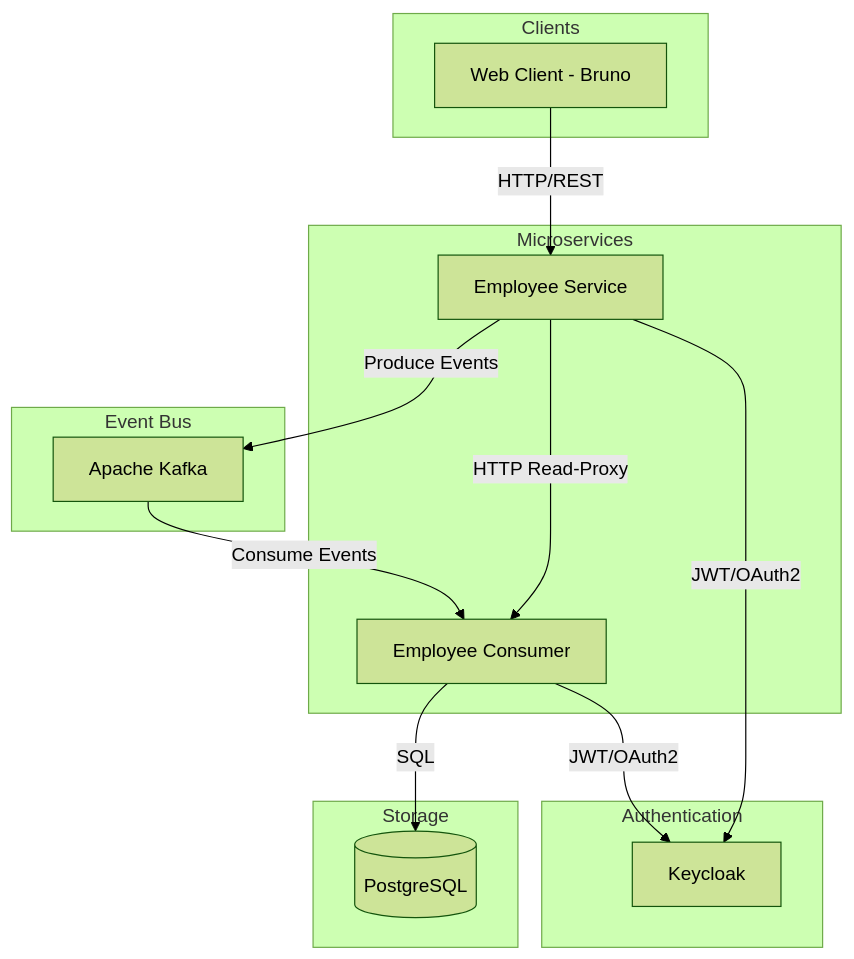
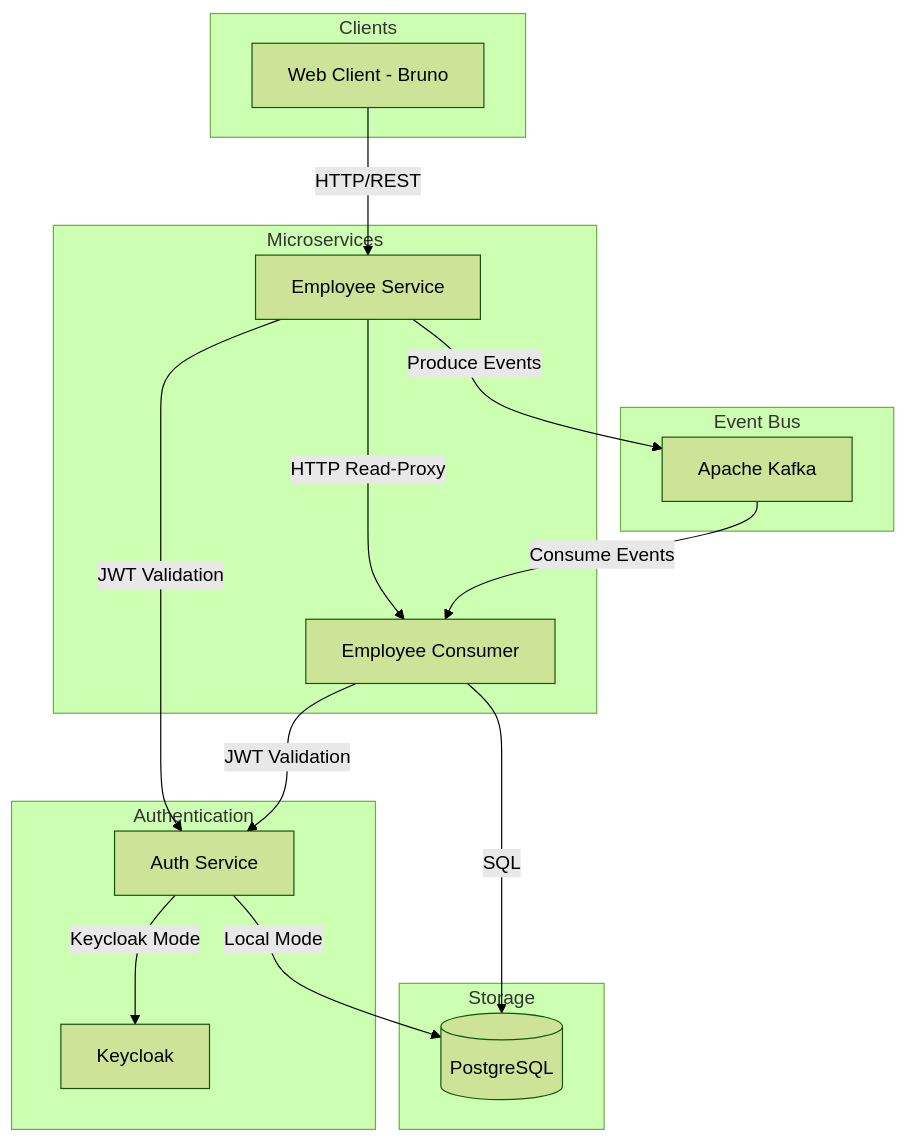
The first of 6 diagrams in README.md (MarkoLuna/GoEmployeeCrudEventDriven), drawn with Mermaid (forest theme) before and after one commit. The commit also changed other lines of this file and 101 other files, not shown here.

First line of the commit message:
feat: extract auth-service, standardize ports, fix swagger, migrate to golang-migrate (#1)

````diff
--- a/README.md
+++ b/README.md
@@ -57,31 +59,34 @@
 ```mermaid
 graph TD
     subgraph Clients
         Client[Web Client - Bruno]
     end
 
     subgraph Authentication
-        Auth[Keycloak]
+        AuthService[Auth Service]
+        Keycloak[Keycloak]
     end
 
     subgraph Microservices
         Service[Employee Service]
         Consumer[Employee Consumer]
     end
 
     subgraph "Event Bus"
         Kafka[Apache Kafka]
     end
 
     subgraph Storage
         DB[(PostgreSQL)]
     end
 
     Client -->|HTTP/REST| Service
-    Service -->|JWT/OAuth2| Auth
-    Consumer -->|JWT/OAuth2| Auth
+    Service -->|JWT Validation| AuthService
+    Consumer -->|JWT Validation| AuthService
+    AuthService -->|Keycloak Mode| Keycloak
+    AuthService -->|Local Mode| DB
     Service -->|HTTP Read-Proxy| Consumer
     Service -->|Produce Events| Kafka
     Kafka -->|Consume Events| Consumer
     Consumer -->|SQL| DB
 ```
````
